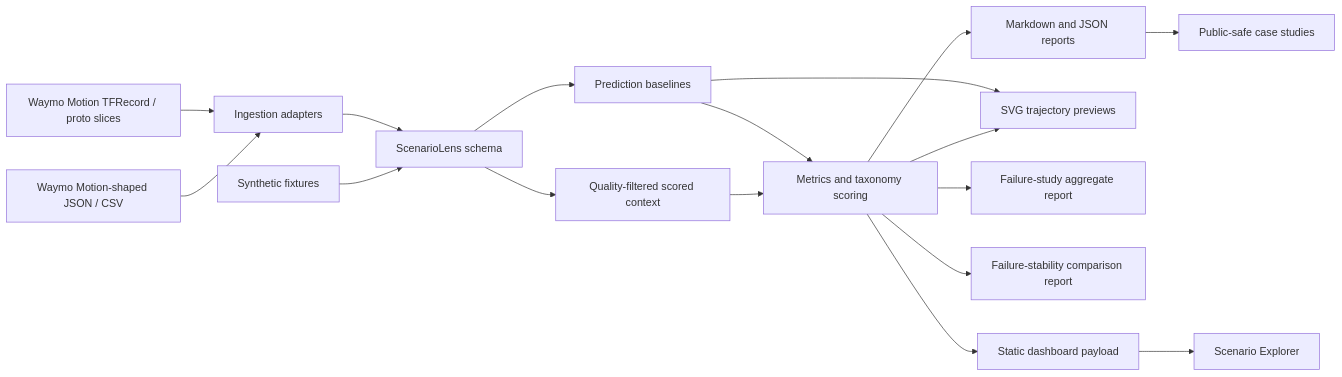
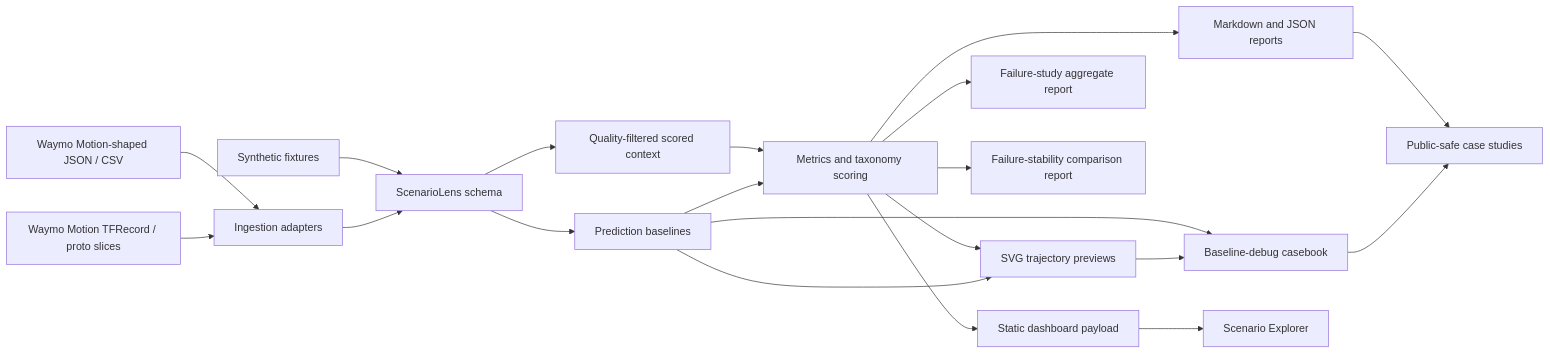
The diagram in docs/architecture.md (ethanvillalovoz/scenariolens), drawn with Mermaid before and after one commit. The commit also changed other lines of this file and 31 other files, not shown here.

Commit message:
Add lane-aware baseline debug casebook

````diff
--- a/docs/architecture.md
+++ b/docs/architecture.md
@@ -5,19 +5,22 @@
 ```mermaid
 flowchart LR
     A["Synthetic fixtures"] --> D["ScenarioLens schema"]
     B["Waymo Motion-shaped JSON / CSV"] --> C["Ingestion adapters"]
     M["Waymo Motion TFRecord / proto slices"] --> C
     C --> D
     D --> E["Quality-filtered scored context"]
     D --> P["Prediction baselines"]
     E --> F["Metrics and taxonomy scoring"]
     P --> F
     F --> G["Markdown and JSON reports"]
     F --> H["SVG trajectory previews"]
     P --> H
     F --> L["Failure-study aggregate report"]
     F --> N["Failure-stability comparison report"]
+    P --> Q["Baseline-debug casebook"]
+    H --> Q
     F --> I["Static dashboard payload"]
     I --> J["Scenario Explorer"]
     G --> K["Public-safe case studies"]
+    Q --> K
 ```
````
